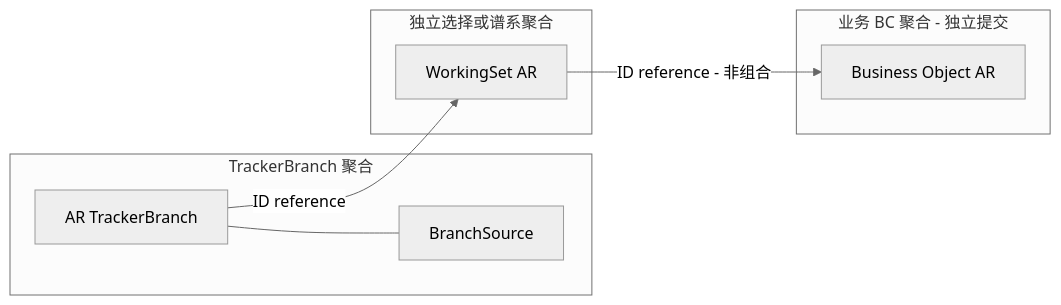
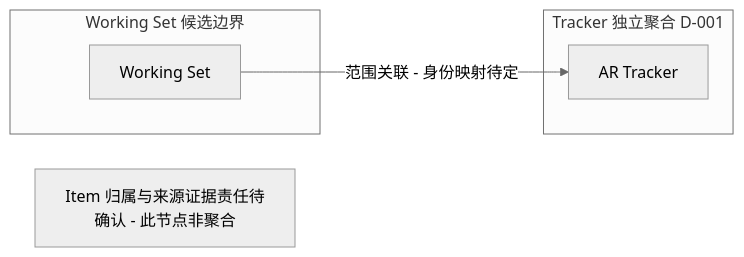
Before and after one commit to Greytrack/ddd-workingset: the fourth of 8 diagrams in docs/working-set/diagrams/aggregate-candidates.md, drawn with Mermaid (neutral theme). The commit also changed other lines of this file and 19 other files, not shown here.

First line of the commit message:
docs(工作集) 接受事实与政策主题基线并确认 Tracker 独立聚合

````diff
--- a/docs/working-set/diagrams/aggregate-candidates.md
+++ b/docs/working-set/diagrams/aggregate-candidates.md
@@ -90,16 +76,11 @@
 ```mermaid
 flowchart LR
-    subgraph R["TrackerBranch 聚合"]
-        Root["AR TrackerBranch"]
-        Value["BranchSource"]
-        Root --- Value
+    subgraph W["Working Set 候选边界"]
+        WS["Working Set"]
     end
-    subgraph T["独立选择或谱系聚合"]
-        Other["WorkingSet AR"]
+    subgraph T["Tracker 独立聚合 D-001"]
+        TR["AR Tracker"]
     end
-    subgraph B["业务 BC 聚合 - 独立提交"]
-        Content["Business Object AR"]
-    end
-    Root -->|"ID reference"| Other
-    Other -->|"ID reference - 非组合"| Content
+    WS -->|"范围关联 - 身份映射待定"| TR
+    Q["Item 归属与来源证据责任待确认 - 此节点非聚合"]
 ```
````
